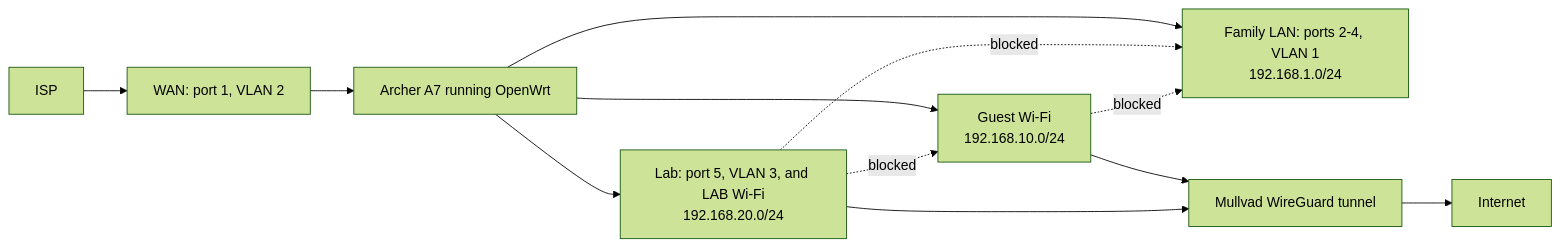
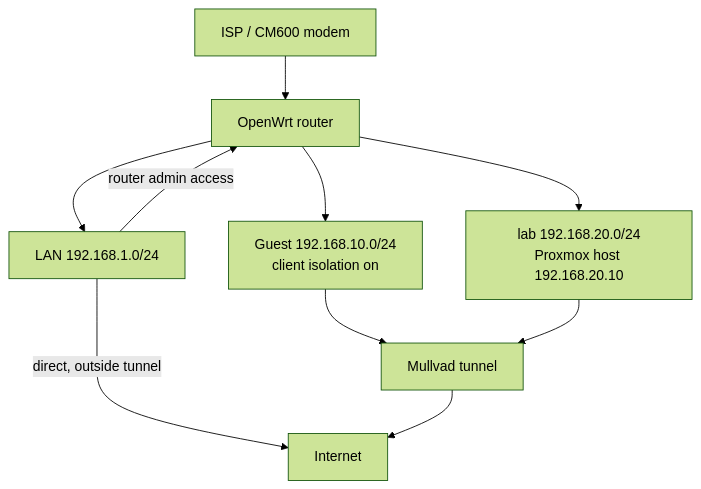
One commit to packet-lab-ops/homelab-docs changed the diagram in README.md. Above: the diagram before and after it, drawn with Mermaid (forest theme). The commit also changed other lines of this file, not shown here.

Commit message:
Enhance architecture section in README
Updated architecture section with logical view and flowchart.

````diff
--- a/README.md
+++ b/README.md
@@ -10,14 +12,12 @@
 ```mermaid
-flowchart LR
-  ISP[ISP] --> WAN[WAN: port 1, VLAN 2]
-  WAN --> R[Archer A7 running OpenWrt]
-  R --> FAM[Family LAN: ports 2-4, VLAN 1<br/>192.168.1.0/24]
-  R --> GUEST[Guest Wi-Fi<br/>192.168.10.0/24]
-  R --> LAB[Lab: port 5, VLAN 3, and LAB Wi-Fi<br/>192.168.20.0/24]
-  GUEST --> VPN[Mullvad WireGuard tunnel]
+flowchart TD
+  ISP["ISP / CM600 modem"] --> R["OpenWrt router"]
+  R --> LAN["LAN 192.168.1.0/24"]
+  R --> GUEST["Guest 192.168.10.0/24<br/>client isolation on"]
+  R --> LAB["lab 192.168.20.0/24<br/>Proxmox host 192.168.20.10"]
+  LAN -->|"router admin access"| R
+  LAN -->|"direct, outside tunnel"| NET["Internet"]
+  GUEST --> VPN["Mullvad tunnel"]
   LAB --> VPN
-  VPN --> NET[Internet]
-  LAB -. blocked .-> FAM
-  GUEST -. blocked .-> FAM
-  LAB -. blocked .-> GUEST
+  VPN --> NET
 ```
````
